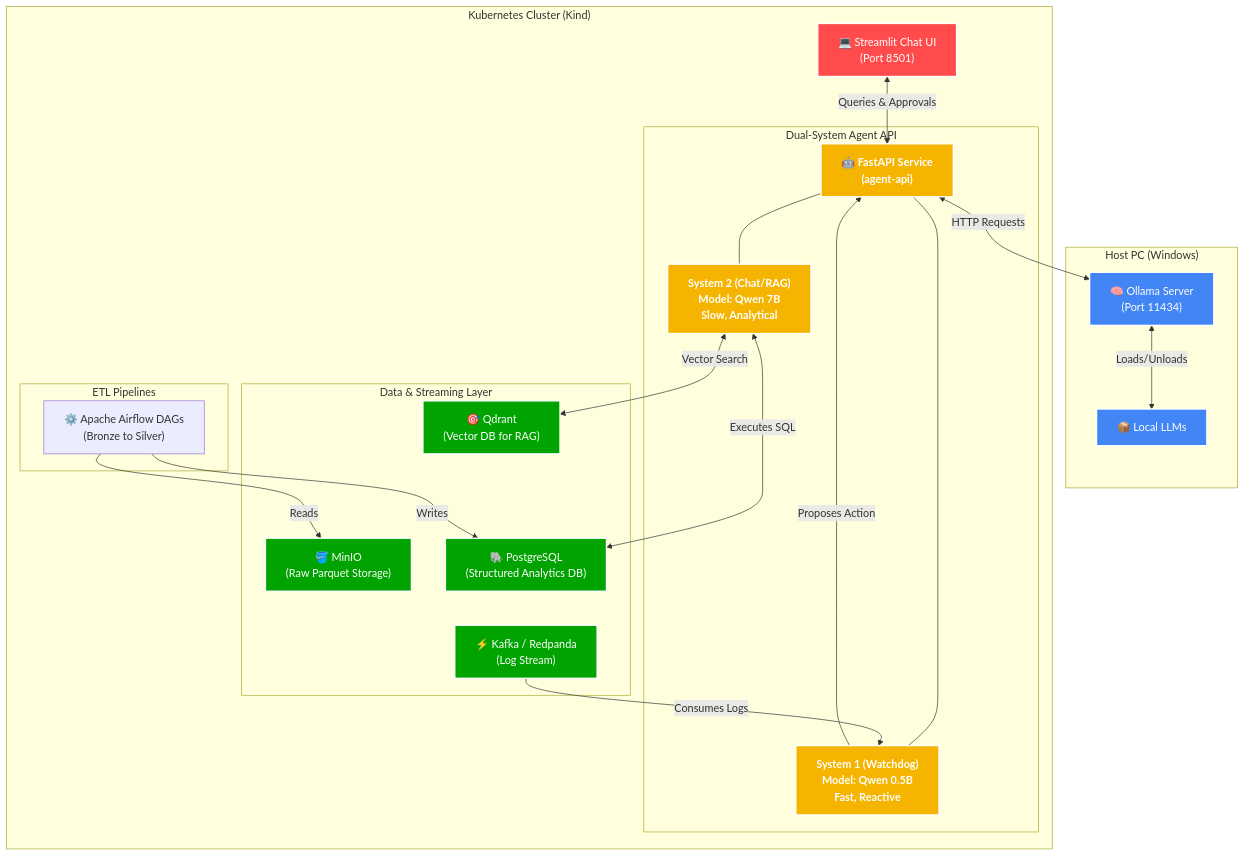
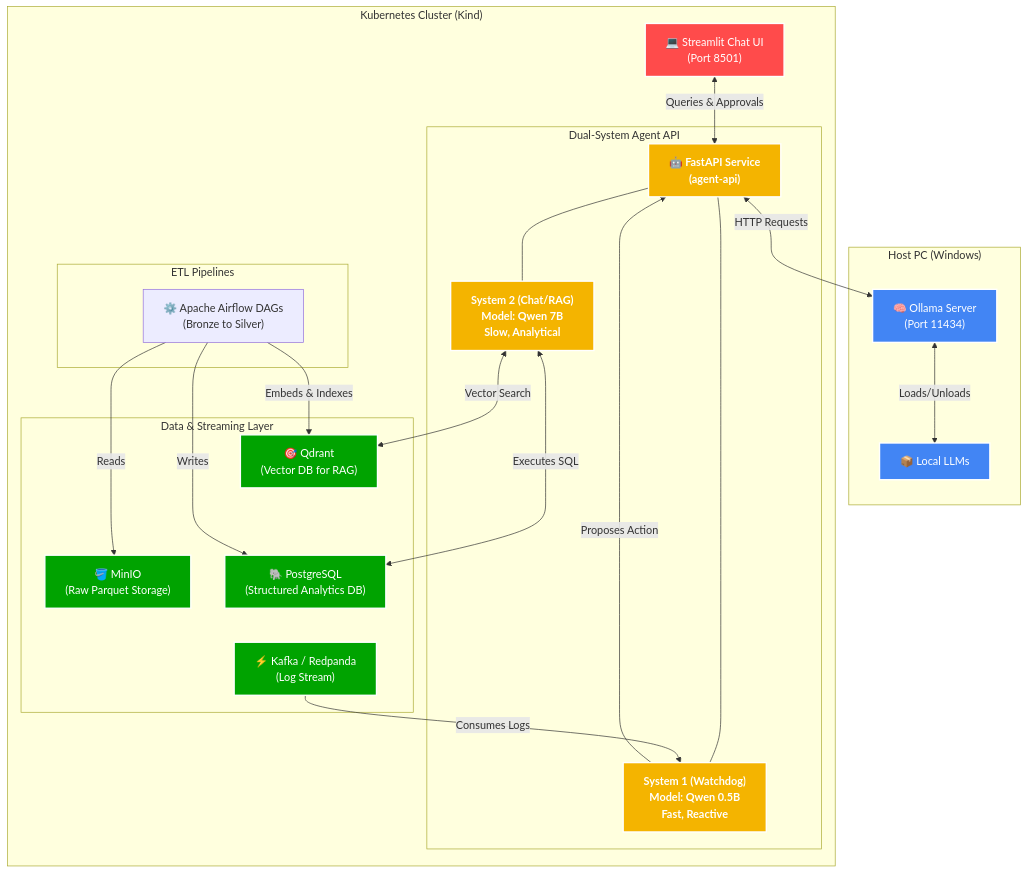
Before and after one commit to maayankaidar/dual-system-agents: the diagram in README.md, drawn with Mermaid.

Commit message:
Update diagram: Connect Airflow to Qdrant

````diff
--- a/README.md
+++ b/README.md
@@ -7,60 +7,61 @@
 ```mermaid
 flowchart TD
     %% Define Styles
     classDef k8s fill:#326ce5,stroke:#fff,stroke-width:2px,color:#fff;
     classDef host fill:#4285F4,stroke:#fff,stroke-width:2px,color:#fff;
     classDef db fill:#00a300,stroke:#fff,stroke-width:2px,color:#fff;
     classDef ui fill:#ff4b4b,stroke:#fff,stroke-width:2px,color:#fff;
     classDef agent fill:#f4b400,stroke:#fff,stroke-width:2px,color:#fff,font-weight:bold;
 
     %% Host Machine Layer
     subgraph Host["Host PC (Windows)"]
         Ollama["🧠 Ollama Server<br>(Port 11434)"]:::host
         Models["📦 Local LLMs"]:::host
         Ollama <-->|Loads/Unloads| Models
     end
 
     %% Kubernetes Cluster Layer
     subgraph K8s["Kubernetes Cluster (Kind)"]
         UI["💻 Streamlit Chat UI<br>(Port 8501)"]:::ui
         
         subgraph Data["Data & Streaming Layer"]
             Qdrant["🎯 Qdrant<br>(Vector DB for RAG)"]:::db
             MinIO["🪣 MinIO<br>(Raw Parquet Storage)"]:::db
             Postgres["🐘 PostgreSQL<br>(Structured Analytics DB)"]:::db
             Kafka["⚡ Kafka / Redpanda<br>(Log Stream)"]:::db
             
             %% Layout hints: Qdrant top-left, Postgres below it, Kafka at bottom, MinIO top-right
             Qdrant ~~~ MinIO
             Qdrant ~~~ Postgres
             Postgres ~~~ Kafka
         end
 
         subgraph Orchestration["ETL Pipelines"]
             Airflow["⚙️ Apache Airflow DAGs<br>(Bronze to Silver)"]
             Airflow -->|Reads| MinIO
             Airflow -->|Writes| Postgres
+            Airflow -->|Embeds & Indexes| Qdrant
         end
 
         subgraph Agents["Dual-System Agent API"]
             AgentAPI["🤖 FastAPI Service<br>(agent-api)"]:::agent
             
             Sys1["System 1 (Watchdog)<br>Model: Qwen 0.5B<br>Fast, Reactive"]:::agent
             Sys2["System 2 (Chat/RAG)<br>Model: Qwen 7B<br>Slow, Analytical"]:::agent
             
             AgentAPI --- Sys1
             AgentAPI --- Sys2
         end
 
     end
 
     %% Data Flow & Connections
     Kafka -->|Consumes Logs| Sys1
     Sys1 -->|Proposes Action| AgentAPI
     
     UI <-->|Queries & Approvals| AgentAPI
     Sys2 <-->|Vector Search| Qdrant
     Sys2 <-->|Executes SQL| Postgres
     
     AgentAPI <-->|HTTP Requests| Ollama
 ```
````
